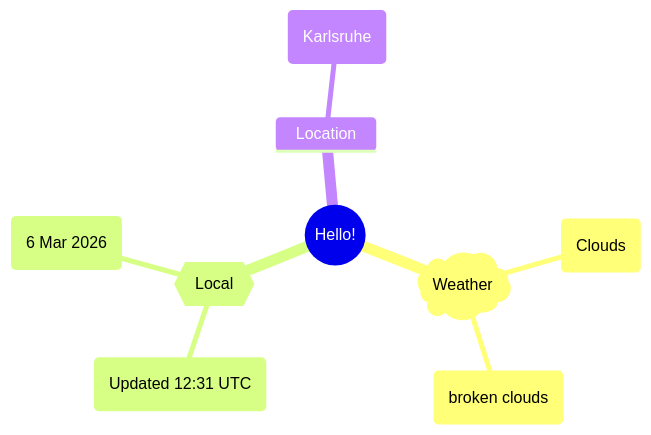
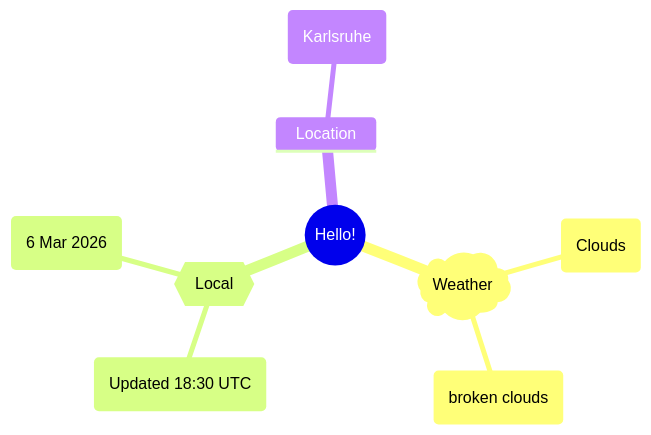
The first of 2 diagrams in README.md (Xosrov/Xosrov), drawn with Mermaid before and after one commit.

Commit message:
[bot] updated images

````diff
--- a/README.md
+++ b/README.md
@@ -3,12 +3,12 @@
 ```mermaid
 mindmap
   root((Hello!))
     )Weather(
         (Clouds)
         (broken clouds)
     {{Local}}
-        (Updated 12:31 UTC)
+        (Updated 18:30 UTC)
         (6 Mar 2026)
     Location
         (Karlsruhe)
 ```
````
